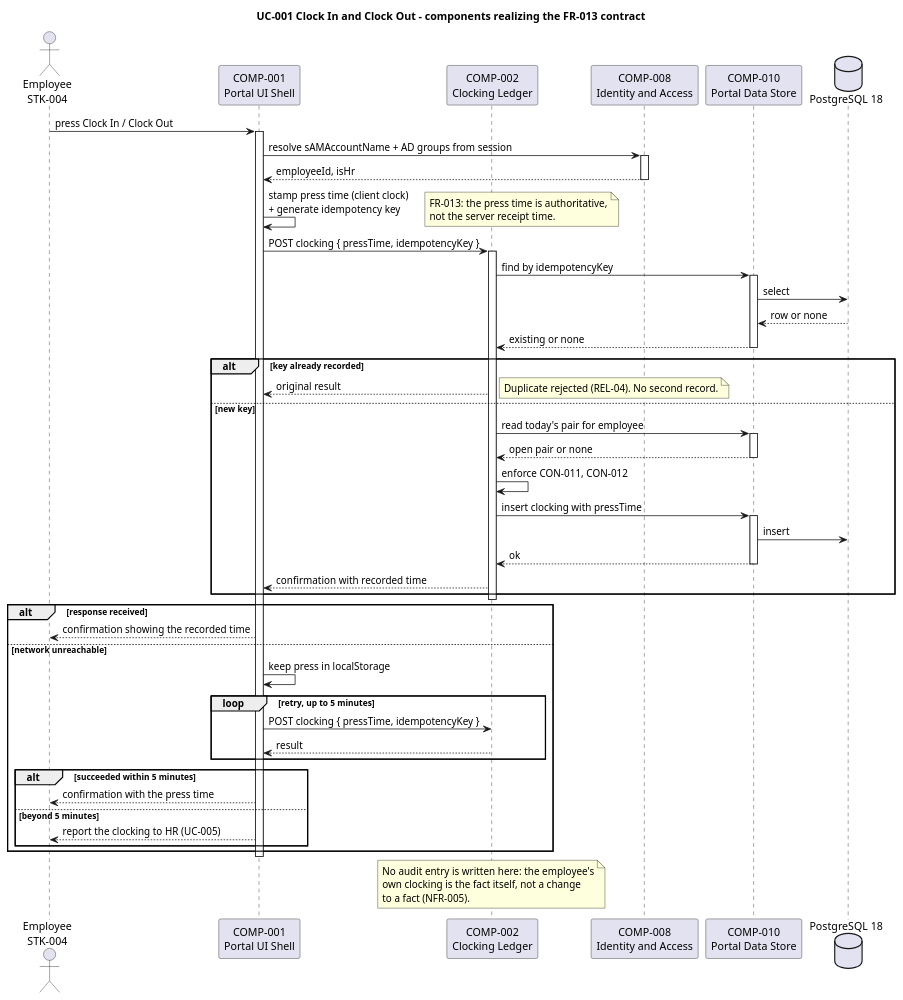
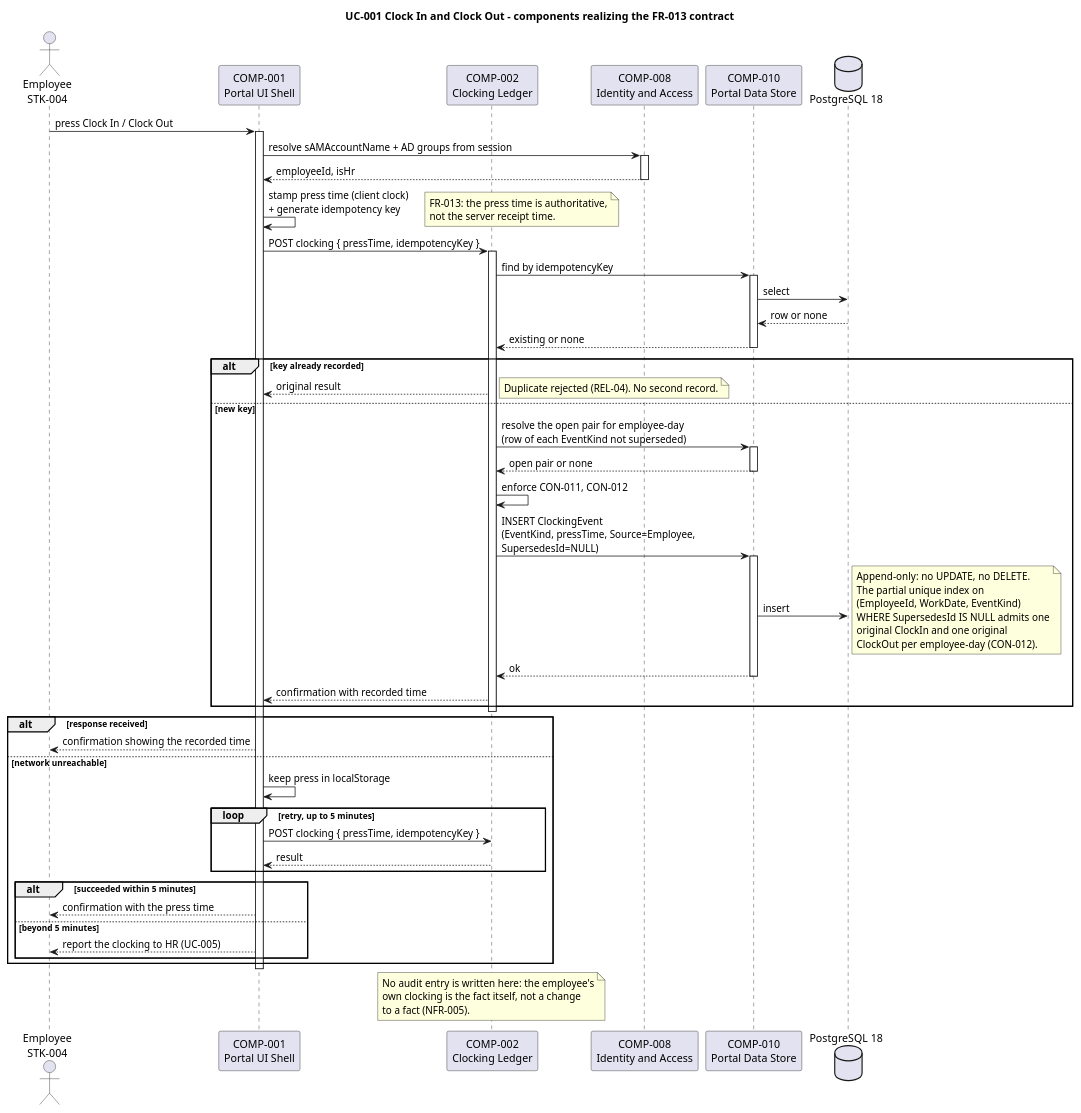
Before and after one commit to banense-test/portal: the first of 9 diagrams in docs/artifacts/analysis---design/software-architecture-document.md, drawn with PlantUML. The commit also changed other lines of this file, not shown here.

First line of the commit message:
Software Architect [I2]: upsert Software Architecture Document

````diff
--- a/docs/artifacts/analysis---design/software-architecture-document.md
+++ b/docs/artifacts/analysis---design/software-architecture-document.md
@@ -364,74 +363,82 @@
 ```plantuml
 @startuml
 title UC-001 Clock In and Clock Out - components realizing the FR-013 contract
 
 actor "Employee\nSTK-004" as EMP
 participant "COMP-001\nPortal UI Shell" as UI
 participant "COMP-002\nClocking Ledger" as LEDGER
 participant "COMP-008\nIdentity and Access" as IDENT
 participant "COMP-010\nPortal Data Store" as STORE
 database "PostgreSQL 18" as DB
 
 EMP -> UI : press Clock In / Clock Out
 activate UI
 UI -> IDENT : resolve sAMAccountName + AD groups from session
 activate IDENT
 IDENT --> UI : employeeId, isHr
 deactivate IDENT
 
 UI -> UI : stamp press time (client clock)\n+ generate idempotency key
 note right
   FR-013: the press time is authoritative,
   not the server receipt time.
 end note
 
 UI -> LEDGER : POST clocking { pressTime, idempotencyKey }
 activate LEDGER
 LEDGER -> STORE : find by idempotencyKey
 activate STORE
 STORE -> DB : select
 DB --> STORE : row or none
 STORE --> LEDGER : existing or none
 deactivate STORE
 
 alt key already recorded
   LEDGER --> UI : original result
   note right: Duplicate rejected (REL-04). No second record.
 else new key
-  LEDGER -> STORE : read today's pair for employee
+  LEDGER -> STORE : resolve the open pair for employee-day\n(row of each EventKind not superseded)
   activate STORE
   STORE --> LEDGER : open pair or none
   deactivate STORE
   LEDGER -> LEDGER : enforce CON-011, CON-012
-  LEDGER -> STORE : insert clocking with pressTime
+  LEDGER -> STORE : INSERT ClockingEvent\n(EventKind, pressTime, Source=Employee,\nSupersedesId=NULL)
   activate STORE
   STORE -> DB : insert
+  note right
+    Append-only: no UPDATE, no DELETE.
+    The partial unique index on
+    (EmployeeId, WorkDate, EventKind)
+    WHERE SupersedesId IS NULL admits one
+    original ClockIn and one original
+    ClockOut per employee-day (CON-012).
+  end note
   STORE --> LEDGER : ok
   deactivate STORE
   LEDGER --> UI : confirmation with recorded time
 end
 deactivate LEDGER
 
 alt response received
   UI --> EMP : confirmation showing the recorded time
 else network unreachable
   UI -> UI : keep press in localStorage
   loop retry, up to 5 minutes
     UI -> LEDGER : POST clocking { pressTime, idempotencyKey }
     LEDGER --> UI : result
   end
   alt succeeded within 5 minutes
     UI --> EMP : confirmation with the press time
   else beyond 5 minutes
     UI --> EMP : report the clocking to HR (UC-005)
   end
 end
 deactivate UI
 
 note over LEDGER
   No audit entry is written here: the employee's
   own clocking is the fact itself, not a change
   to a fact (NFR-005).
 end note
 @enduml
 ```
````
